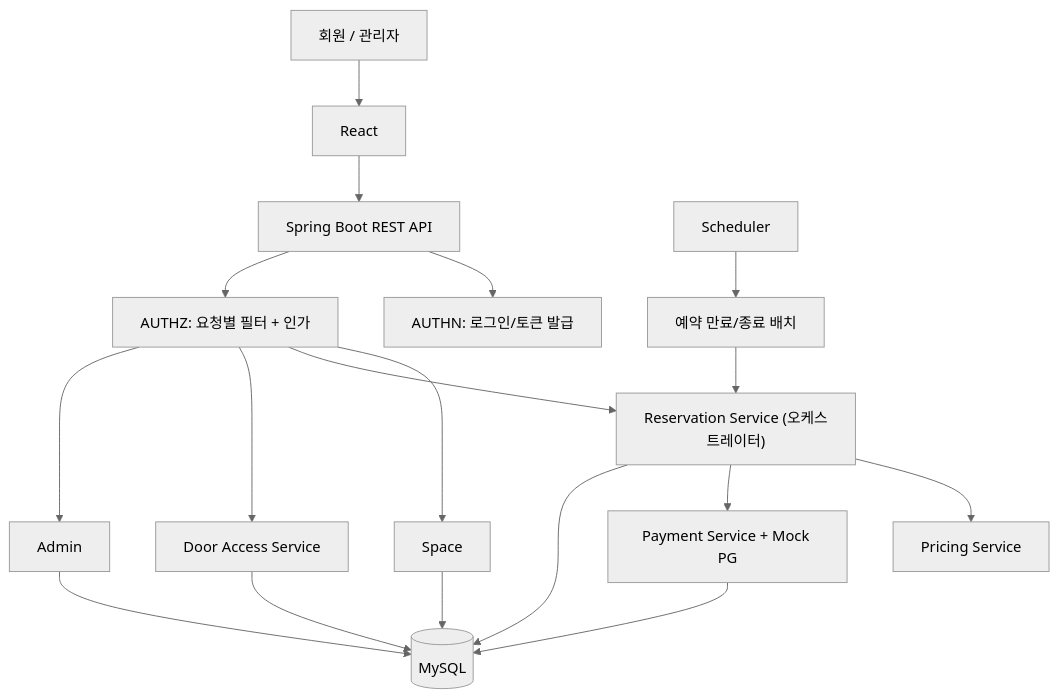
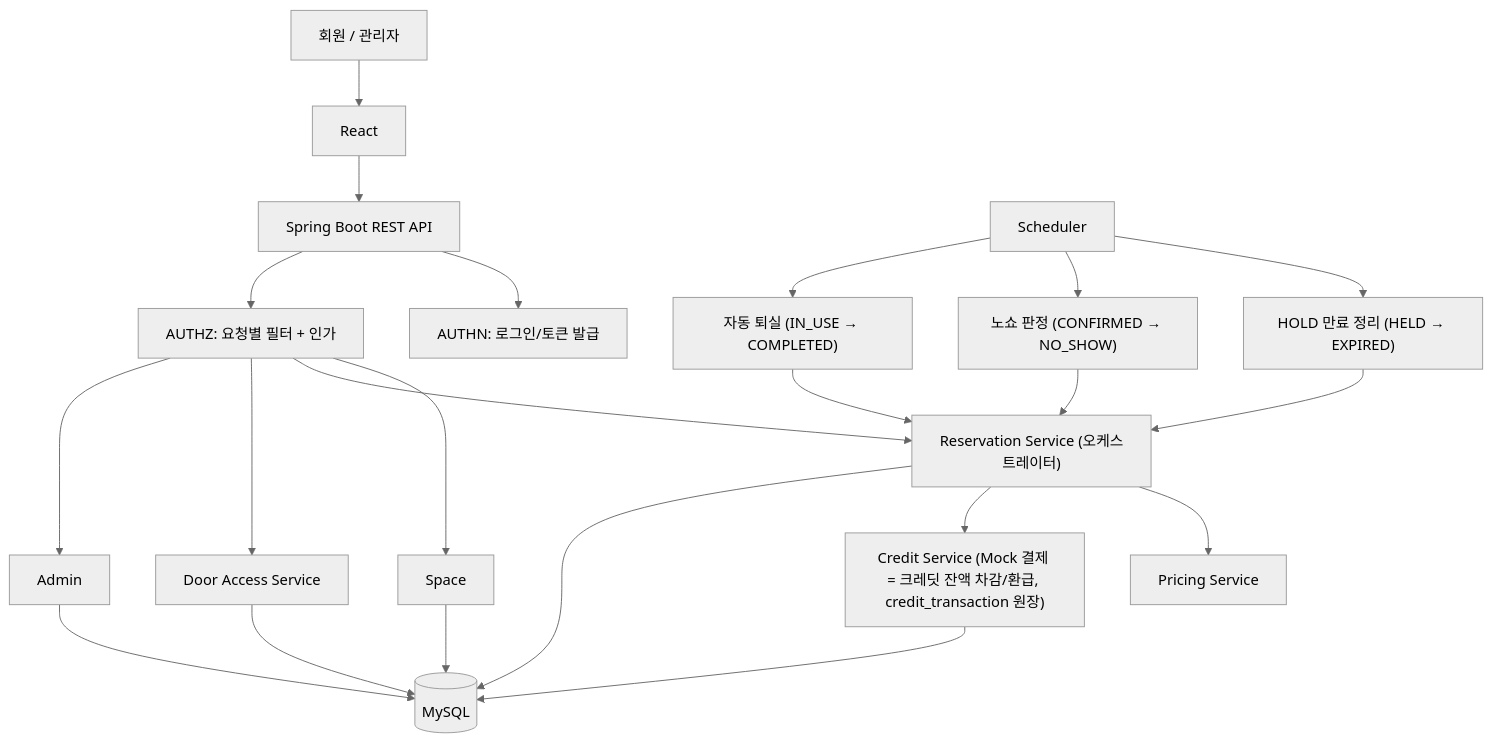
Before and after one commit to Lemnoideae/NBE12-14-2-OVENGERS: the diagram in docs/system-architecture.md, drawn with Mermaid (neutral theme). The commit also changed other lines of this file and 15 other files, not shown here.

````diff
--- a/docs/system-architecture.md
+++ b/docs/system-architecture.md
@@ -27,23 +28,27 @@
 ```mermaid
 flowchart TD
     USER["회원 / 관리자"] --> FE["React"]
     FE --> API["Spring Boot REST API"]
 
     API --> AUTHN["AUTHN: 로그인/토큰 발급"]
     API --> AUTHZ["AUTHZ: 요청별 필터 + 인가"]
     AUTHZ --> SPACE["Space"]
     AUTHZ --> RES["Reservation Service (오케스트레이터)"]
     AUTHZ --> ACCESS["Door Access Service"]
     AUTHZ --> ADMIN["Admin"]
 
     RES --> PRICING["Pricing Service"]
-    RES --> PAY["Payment Service + Mock PG"]
-    SCHED["Scheduler"] --> JOB["예약 만료/종료 배치"]
-    JOB --> RES
+    RES --> CREDIT["Credit Service (Mock 결제 = 크레딧 잔액 차감/환급, credit_transaction 원장)"]
+    SCHED["Scheduler"] --> JOB1["HOLD 만료 정리 (HELD → EXPIRED)"]
+    SCHED --> JOB2["노쇼 판정 (CONFIRMED → NO_SHOW)"]
+    SCHED --> JOB3["자동 퇴실 (IN_USE → COMPLETED)"]
+    JOB1 --> RES
+    JOB2 --> RES
+    JOB3 --> RES
 
     SPACE --> DB[("MySQL")]
     RES --> DB
-    PAY --> DB
+    CREDIT --> DB
     ACCESS --> DB
     ADMIN --> DB
 ```
````
